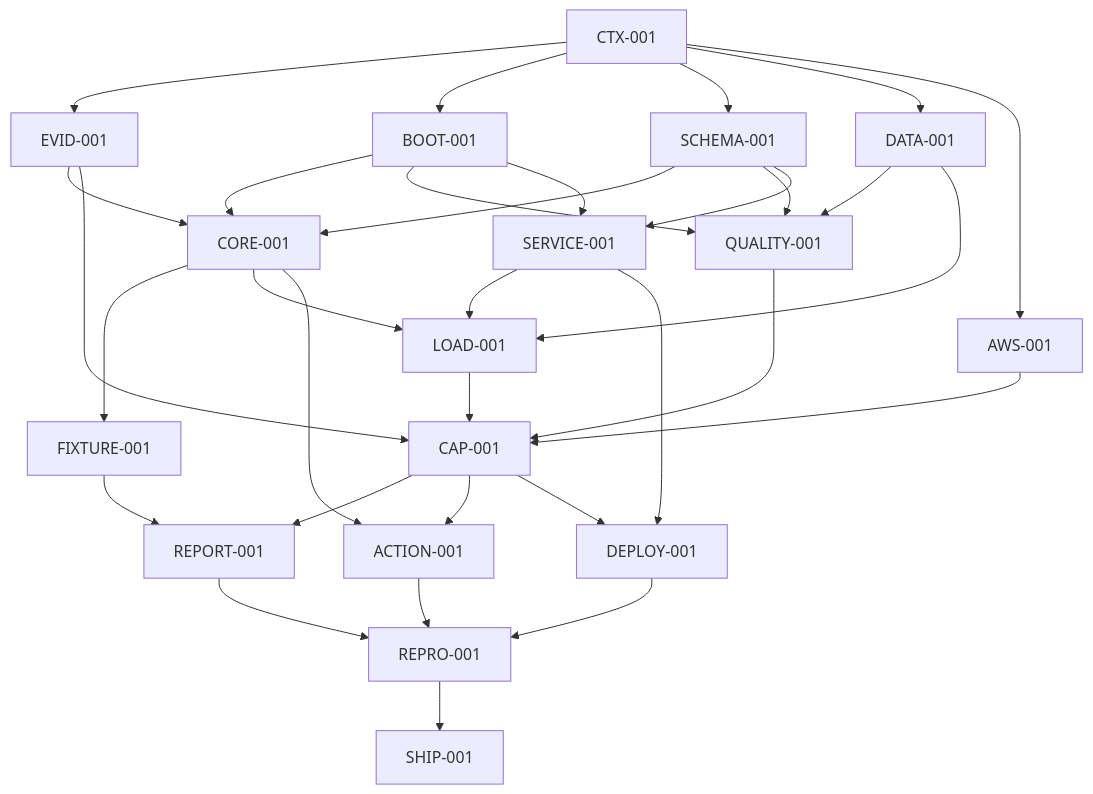
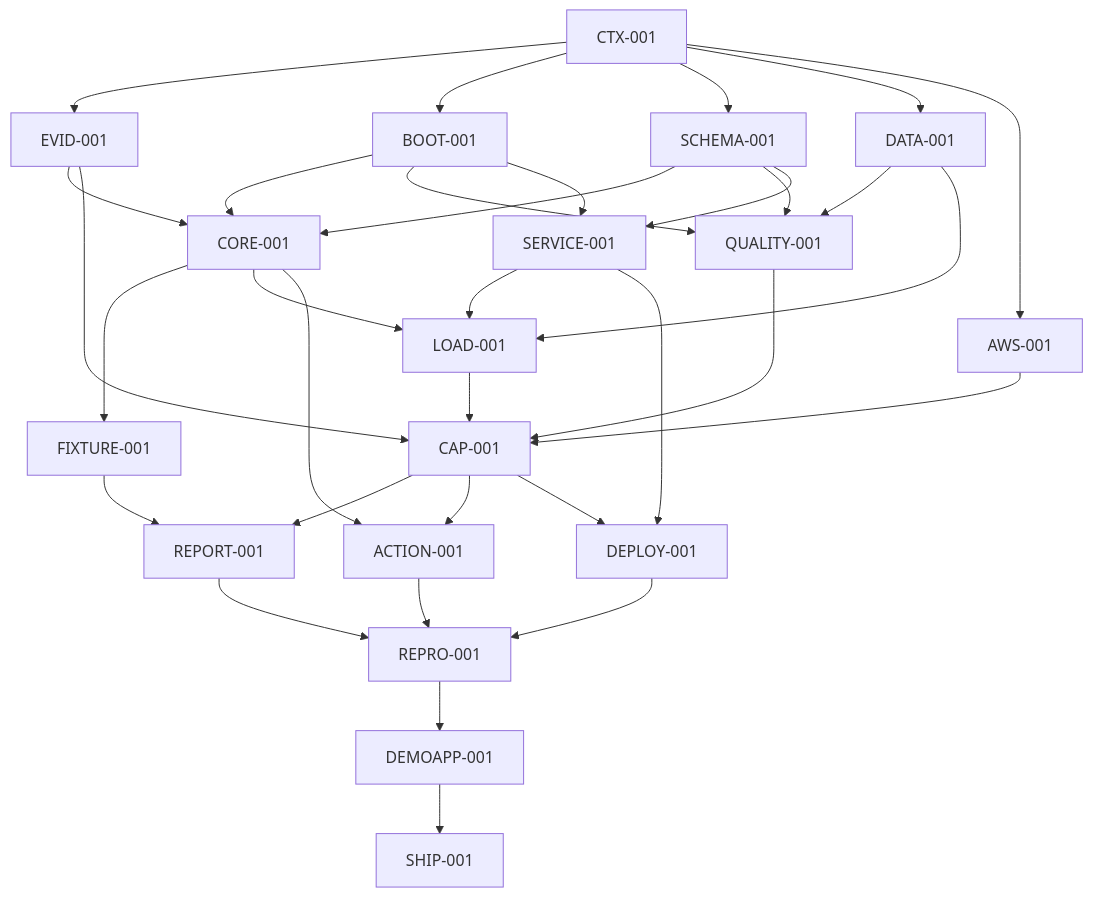
One commit to QasimKhan5x/ArmProof changed the diagram in tasks/plan.md. Above: the diagram before and after it, drawn with Mermaid. The commit also changed other lines of this file and 24 other files, not shown here.

````diff
--- a/tasks/plan.md
+++ b/tasks/plan.md
@@ -7,34 +7,35 @@
 ```mermaid
 graph TD
   CTX[CTX-001] --> EVID[EVID-001]
   CTX --> BOOT[BOOT-001]
   CTX --> SCHEMA[SCHEMA-001]
   CTX --> DATA[DATA-001]
   CTX --> AWS[AWS-001]
   EVID --> CORE[CORE-001]
   BOOT --> CORE
   SCHEMA --> CORE
   BOOT --> QUALITY[QUALITY-001]
   SCHEMA --> QUALITY
   DATA --> QUALITY
   CORE --> FIXTURE[FIXTURE-001]
   BOOT --> SERVICE[SERVICE-001]
   SCHEMA --> SERVICE
   CORE --> LOAD[LOAD-001]
   SERVICE --> LOAD
   DATA --> LOAD
   EVID --> CAP[CAP-001]
   QUALITY --> CAP
   AWS --> CAP
   LOAD --> CAP
   FIXTURE --> REPORT[REPORT-001]
   CAP --> REPORT
   CORE --> ACTION[ACTION-001]
   CAP --> ACTION
   SERVICE --> DEPLOY[DEPLOY-001]
   CAP --> DEPLOY
   REPORT --> REPRO[REPRO-001]
   ACTION --> REPRO
   DEPLOY --> REPRO
-  REPRO --> SHIP[SHIP-001]
+  REPRO --> DEMO[DEMOAPP-001]
+  DEMO --> SHIP[SHIP-001]
 ```
````
